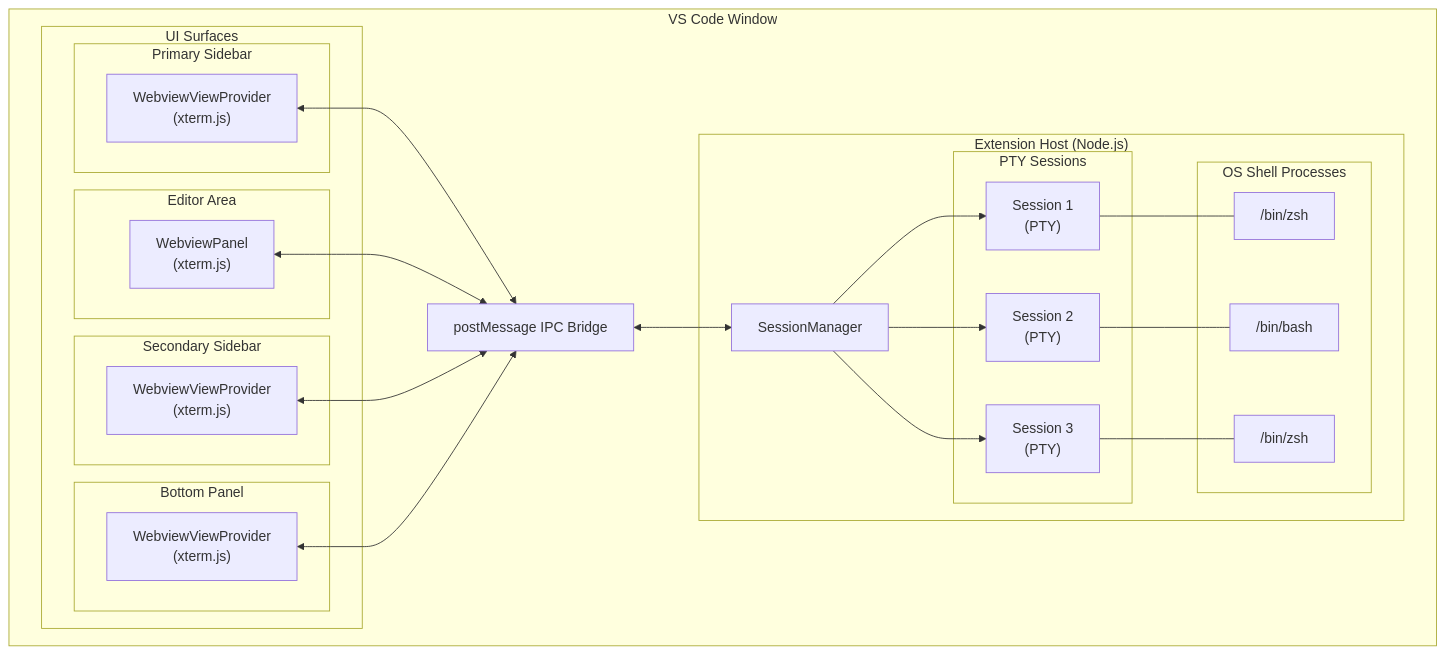
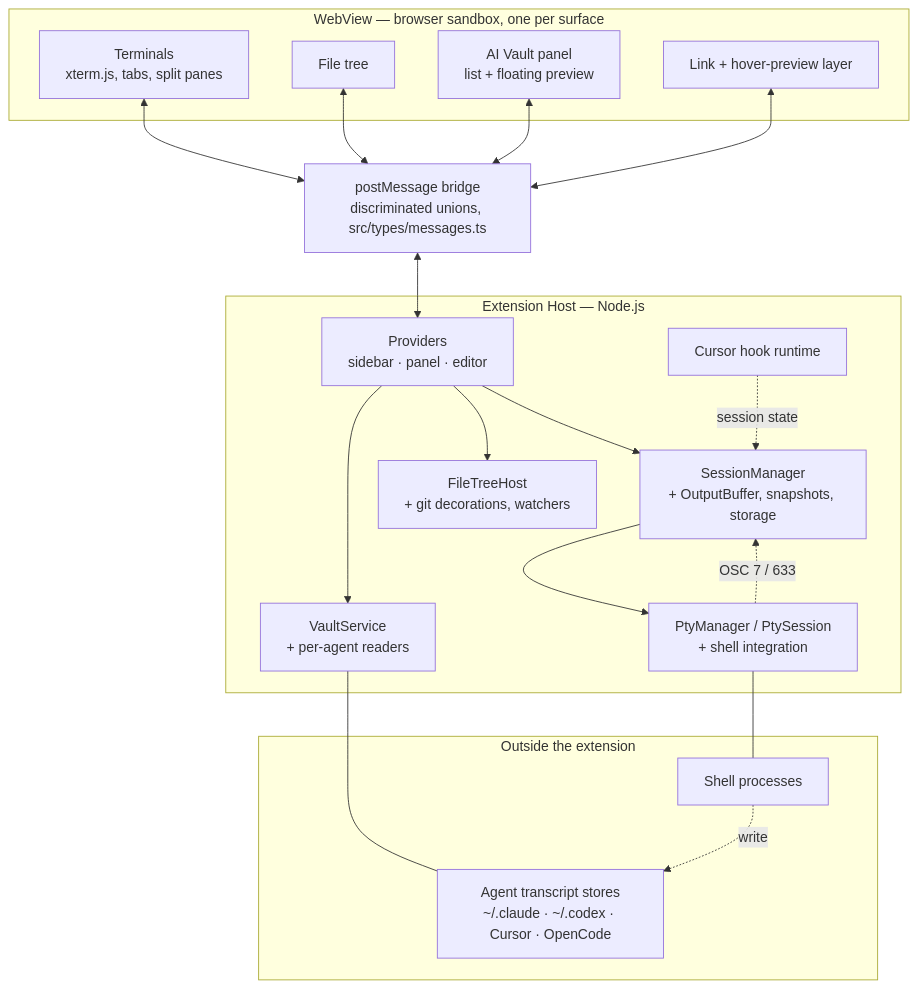
One commit to Asimov-Syntax/anywhere-terminal changed the first of 3 diagrams in docs/DESIGN.md. Above: the diagram before and after it, drawn with Mermaid. The commit also changed other lines of this file and 21 other files, not shown here.

````diff
--- a/docs/DESIGN.md
+++ b/docs/DESIGN.md
@@ -7,47 +15,40 @@
 ```mermaid
 graph TB
-    subgraph VSCode["VS Code Window"]
-        subgraph Surfaces["UI Surfaces"]
-            subgraph PS["Primary Sidebar"]
-                WV1["WebviewViewProvider<br/>(xterm.js)"]
-            end
-            subgraph EA["Editor Area"]
-                WV2["WebviewPanel<br/>(xterm.js)"]
-            end
-            subgraph SS["Secondary Sidebar"]
-                WV3["WebviewViewProvider<br/>(xterm.js)"]
-            end
-            subgraph BP["Bottom Panel"]
-                WV4["WebviewViewProvider<br/>(xterm.js)"]
-            end
-        end
-
-        IPC["postMessage IPC Bridge"]
-
-        subgraph EH["Extension Host (Node.js)"]
-            SM["SessionManager"]
-            subgraph Sessions["PTY Sessions"]
-                S1["Session 1<br/>(PTY)"]
-                S2["Session 2<br/>(PTY)"]
-                S3["Session 3<br/>(PTY)"]
-            end
-            subgraph Shells["OS Shell Processes"]
-                SH1["/bin/zsh"]
-                SH2["/bin/bash"]
-                SH3["/bin/zsh"]
-            end
-        end
+    subgraph WV["WebView — browser sandbox, one per surface"]
+        TERM["Terminals<br>xterm.js, tabs, split panes"]
+        TREE["File tree"]
+        VAULTUI["AI Vault panel<br>list + floating preview"]
+        LINKS["Link + hover-preview layer"]
     end
 
-    WV1 <--> IPC
-    WV2 <--> IPC
-    WV3 <--> IPC
-    WV4 <--> IPC
-    IPC <--> SM
-    SM --> S1
-    SM --> S2
-    SM --> S3
-    S1 --- SH1
-    S2 --- SH2
-    S3 --- SH3
+    IPC["postMessage bridge<br>discriminated unions, src/types/messages.ts"]
+
+    subgraph EH["Extension Host — Node.js"]
+        PROV["Providers<br>sidebar · panel · editor"]
+        SM["SessionManager<br>+ OutputBuffer, snapshots, storage"]
+        PTY["PtyManager / PtySession<br>+ shell integration"]
+        FTH["FileTreeHost<br>+ git decorations, watchers"]
+        VAULT["VaultService<br>+ per-agent readers"]
+        HOOKS["Cursor hook runtime"]
+    end
+
+    subgraph OS["Outside the extension"]
+        SHELLS["Shell processes"]
+        STORES["Agent transcript stores<br>~/.claude · ~/.codex · Cursor · OpenCode"]
+    end
+
+    TERM <--> IPC
+    TREE <--> IPC
+    VAULTUI <--> IPC
+    LINKS <--> IPC
+    IPC <--> PROV
+    PROV --> SM
+    PROV --> FTH
+    PROV --> VAULT
+    SM --> PTY
+    PTY --- SHELLS
+    PTY -.OSC 7 / 633.-> SM
+    VAULT --- STORES
+    HOOKS -.session state.-> SM
+    SHELLS -.write.-> STORES
 ```
````
